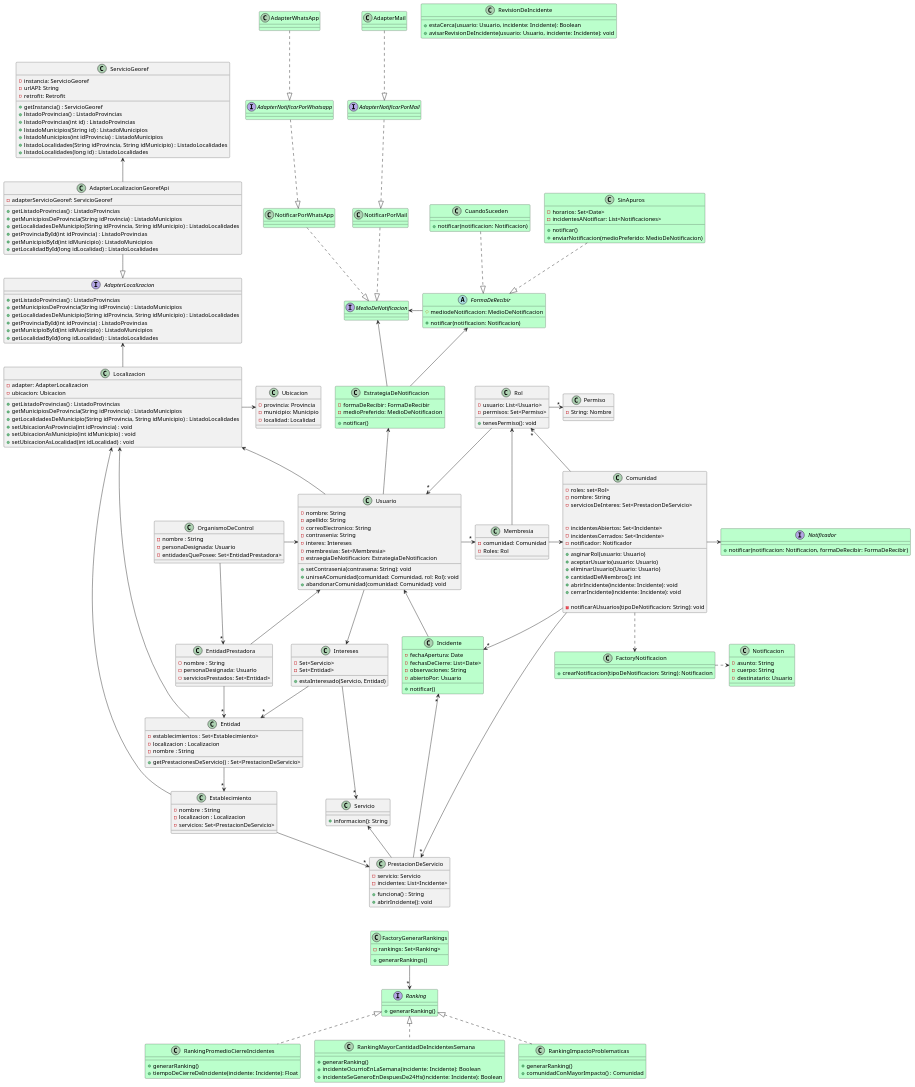
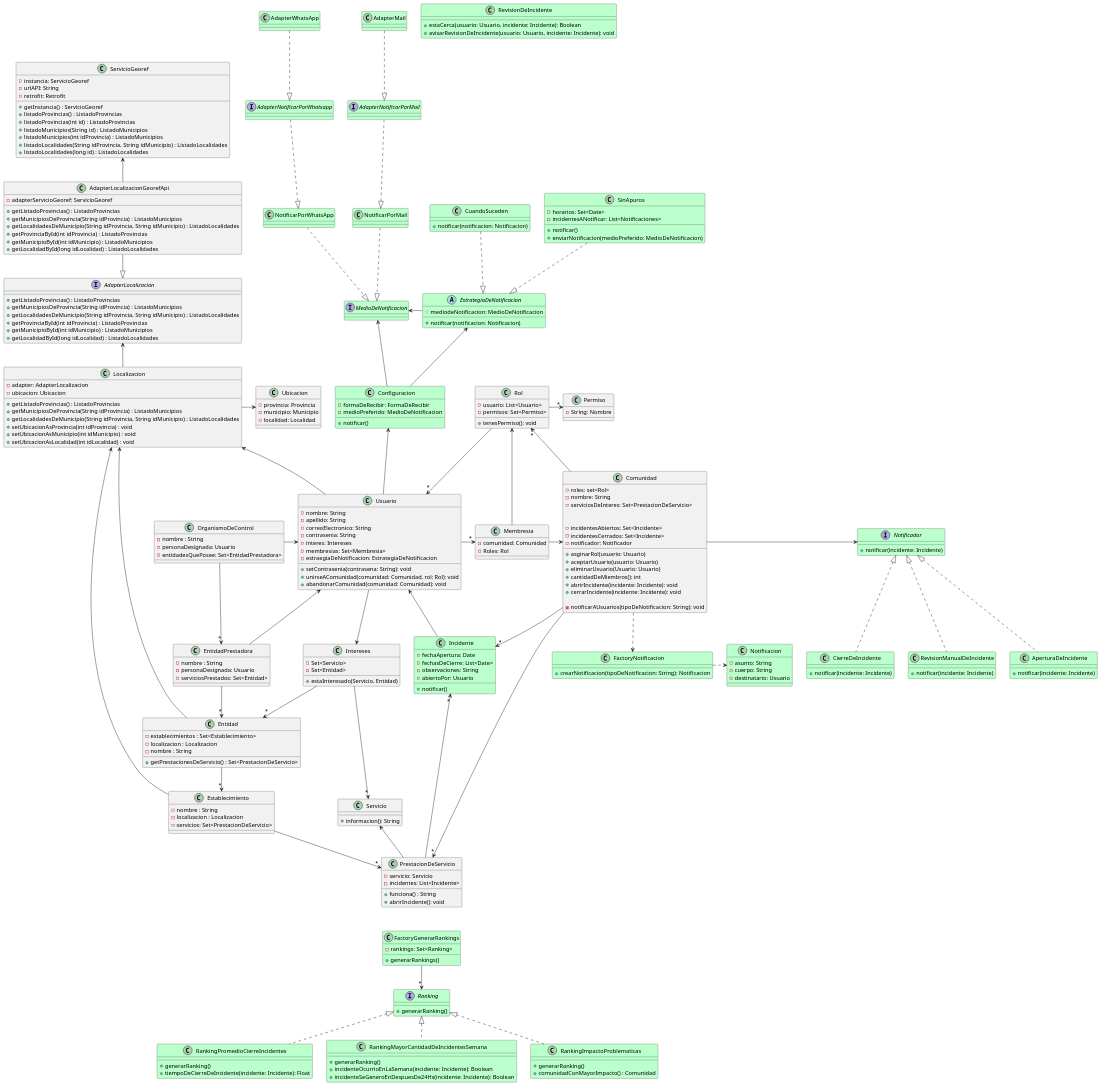
The diagram in Entregables/DiagramaDeClases.wsd (AndyTrias/comunidades-apoyo-movilidad-reducida-), drawn with PlantUML before and after one commit. The commit also changed 12 other files, not shown here.

```diff
--- a/Entregables/DiagramaDeClases.wsd
+++ b/Entregables/DiagramaDeClases.wsd
@@ -249,7 +249,7 @@
 
 /' CONFIGURACION DE NOTIFICACIONES '/
 
-Class EstrategiaDeNotificacion #bbffcc{
+Class Configuracion #bbffcc{
     - formaDeRecibir: FormaDeRecibir
     - medioPreferido: MedioDeNotificacion
 
@@ -268,7 +268,7 @@
 Class AdapterWhatsApp #bbffcc{}
 Class AdapterMail #bbffcc{}
 
-abstract class FormaDeRecibir #bbffcc{
+abstract class EstrategiaDeNotificacion #bbffcc{
     # mediodeNotificacion: MedioDeNotificacion
 
     + notificar(notificacion: Notificacion)
@@ -286,12 +286,24 @@
     + enviarNotificacion(medioPreferido: MedioDeNotificacion)
 }
 
-MedioDeNotificacion <- FormaDeRecibir
+MedioDeNotificacion <- EstrategiaDeNotificacion
 /' NOTIFICACIONES '/
 
 Interface Notificador #bbffcc{
-    + notificar(notificacion: Notificacion, formaDeRecibir: FormaDeRecibir)
+    + notificar(incidente: Incidente)
 }
+
+Class AperturaDeIncidente #bbffcc{
+    + notificar(incidente: Incidente)
+}
+
+Class CierreDeIncidente #bbffcc{
+    + notificar(incidente: Incidente)
+} 
+
+Class RevisionManualDeIncidente #bbffcc{
+    + notificar(incidente: Incidente)
+} 
 
 Class FactoryNotificacion #bbffcc{
     + crearNotificacion(tipoDeNotificacion: String): Notificacion
@@ -304,14 +316,19 @@
 }
 
 FactoryNotificacion .> Notificacion
+Notificador <|.. AperturaDeIncidente
+Notificador <|.. CierreDeIncidente
+Notificador <|.. RevisionManualDeIncidente
 
-EstrategiaDeNotificacion <-- Usuario
 
-FormaDeRecibir <-- EstrategiaDeNotificacion
-MedioDeNotificacion <-- EstrategiaDeNotificacion
 
-CuandoSuceden ..|> FormaDeRecibir
-SinApuros ..|> FormaDeRecibir
+Configuracion <-- Usuario
+
+EstrategiaDeNotificacion <-- Configuracion
+MedioDeNotificacion <-- Configuracion
+
+CuandoSuceden ..|> EstrategiaDeNotificacion
+SinApuros ..|> EstrategiaDeNotificacion
 
 
 /' Whatsapp '/
```
